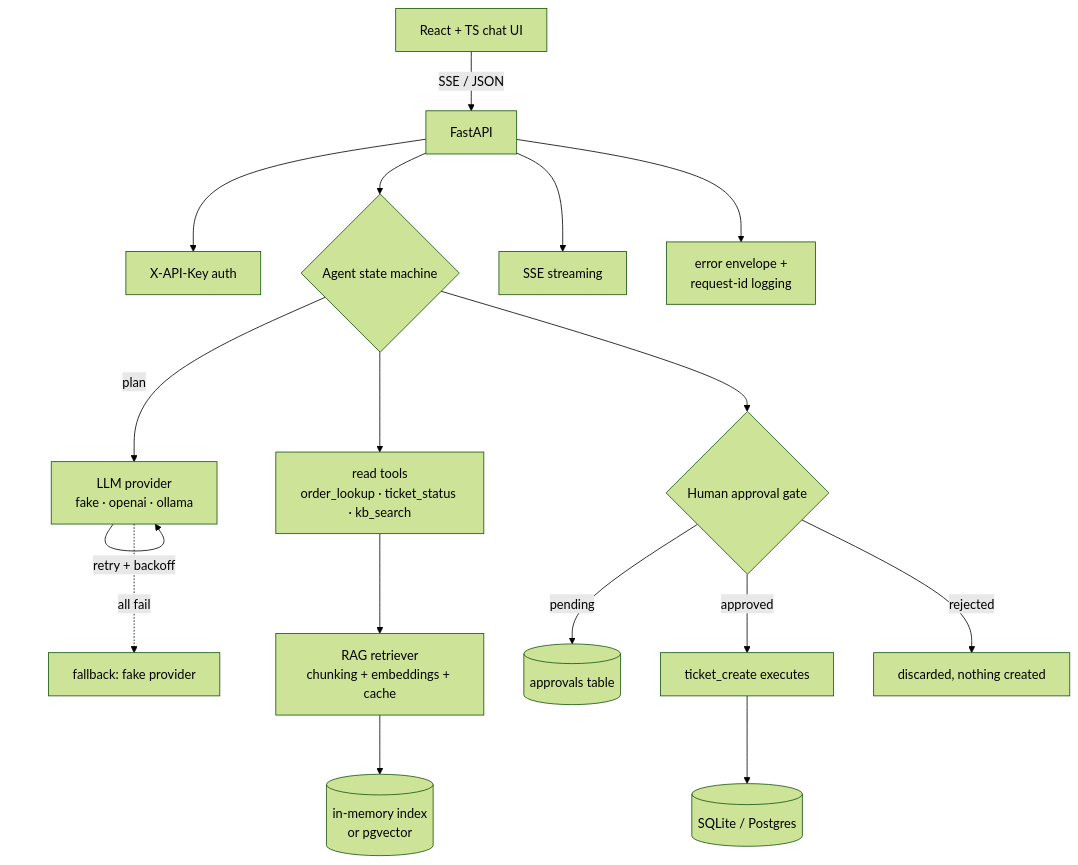
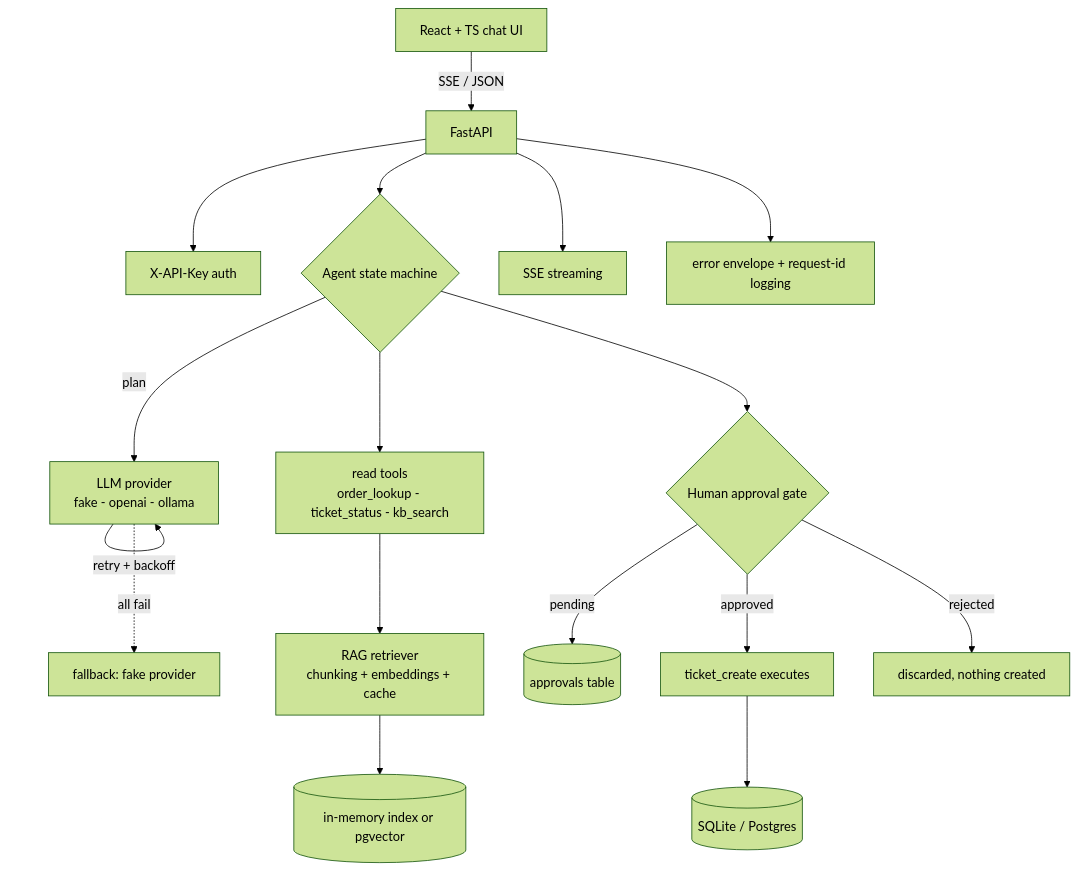
The diagram in README.md (Shraddhameduri/agentdesk), drawn with Mermaid (forest theme) before and after one commit.

Commit message:
Fix Mermaid architecture diagram: quoted labels, replace \n escapes with <br/> inside quotes

````diff
--- a/README.md
+++ b/README.md
@@ -14,19 +14,19 @@
 ```mermaid
 flowchart TD
-    UI[React + TS chat UI] -->|SSE / JSON| API[FastAPI]
-    API --> AUTH[X-API-Key auth]
-    API --> WF{Agent state machine}
-    WF -->|plan| P[LLM provider\nfake · openai · ollama]
+    UI["React + TS chat UI"] -->|SSE / JSON| API["FastAPI"]
+    API --> AUTH["X-API-Key auth"]
+    API --> WF{"Agent state machine"}
+    WF -->|plan| P["LLM provider<br/>fake - openai - ollama"]
     P -->|retry + backoff| P
-    P -.->|all fail| FB[fallback: fake provider]
-    WF --> READ[read tools\norder_lookup · ticket_status · kb_search]
-    WF --> GATE{Human approval gate}
-    GATE -->|pending| APR[(approvals table)]
-    GATE -->|approved| WRITE[ticket_create executes]
-    GATE -->|rejected| DROP[discarded, nothing created]
-    READ --> RAG[RAG retriever\nchunking + embeddings + cache]
-    RAG --> VEC[(in-memory index\nor pgvector)]
-    WRITE --> DB[(SQLite / Postgres)]
-    API --> SSE[SSE streaming]
-    API --> ERR[error envelope +\nrequest-id logging]
+    P -.->|all fail| FB["fallback: fake provider"]
+    WF --> READ["read tools<br/>order_lookup - ticket_status - kb_search"]
+    WF --> GATE{"Human approval gate"}
+    GATE -->|pending| APR[("approvals table")]
+    GATE -->|approved| WRITE["ticket_create executes"]
+    GATE -->|rejected| DROP["discarded, nothing created"]
+    READ --> RAG["RAG retriever<br/>chunking + embeddings + cache"]
+    RAG --> VEC[("in-memory index or pgvector")]
+    WRITE --> DB[("SQLite / Postgres")]
+    API --> SSE["SSE streaming"]
+    API --> ERR["error envelope + request-id logging"]
 ```
````
